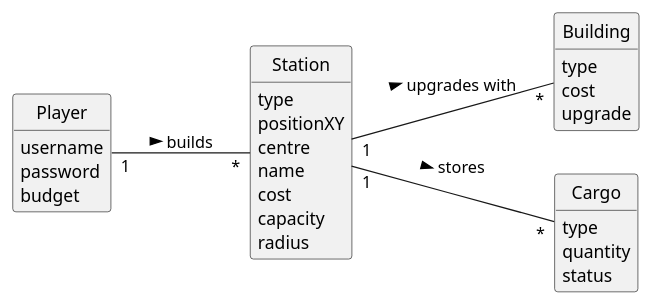
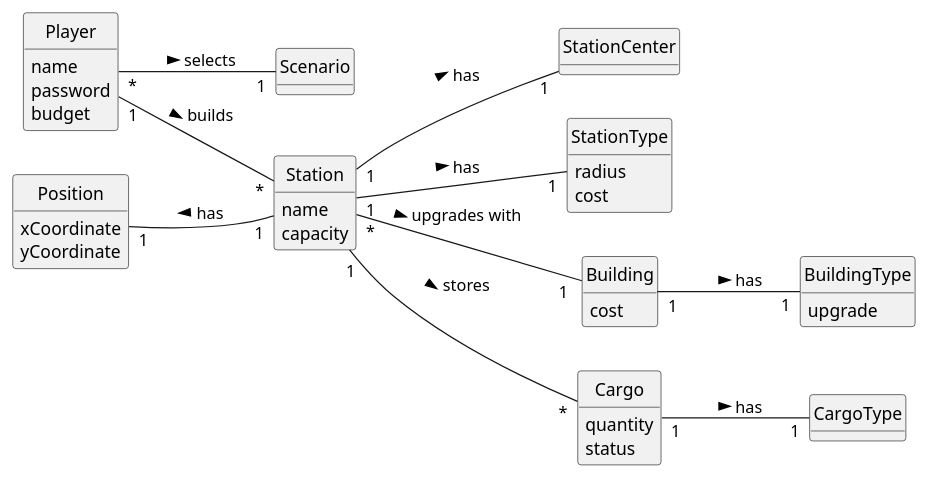
One commit to 1240935/pi2-railway-simulator changed the diagram in Sprint2/US007/02.analysis/puml/US007-DM.puml. Above: the diagram before and after it, drawn with PlantUML. The commit also changed 19 other files, not shown here.

```diff
--- a/Sprint2/US007/02.analysis/puml/US007-DM.puml
+++ b/Sprint2/US007/02.analysis/puml/US007-DM.puml
@@ -1,45 +1,66 @@
 @startuml
 skinparam monochrome true
 skinparam packageStyle rectangle
 skinparam shadowing false
 'skinparam linetype ortho
 'left to right direction
 skinparam classAttributeIconSize 0
 hide circle
 hide methods
 
 left to right direction
 
+class Player {
+    name
+    password
+    budget
+}
+
 class Station {
-    type
-    positionXY
-    centre
     name
+    capacity
+}
+
+class StationCenter{
+}
+
+class StationType{
+    radius
     cost
-    capacity
-    radius
 }
 
 class Building {
-    type
     cost
+}
+
+class BuildingType {
     upgrade
 }
 
+class Scenario {
+}
+
+class Position{
+    xCoordinate
+    yCoordinate
+}
+
 class Cargo {
-    type
     quantity
     status
 }
 
-class Player {
-    username
-    password
-    budget
+class CargoType{
 }
 
-Station "1" -- "*" Building : upgrades with >
+Player "1" -- "*" Station: builds >
+Player "*" -- "1" Scenario : selects >
+Station "*" -- "1 "Building:  upgrades with  >
+Station "1" -- "1" StationType: has >
+Station "1" -- "1" StationCenter: has >
+Building "1" -- "1" BuildingType : has >
+Position "1" -- "1" Station: has <
 Station "1" -- "*" Cargo : stores >
-Player "1" -- "*" Station : builds >
+Cargo "1" -- "1" CargoType: has >
 
 @enduml
```
